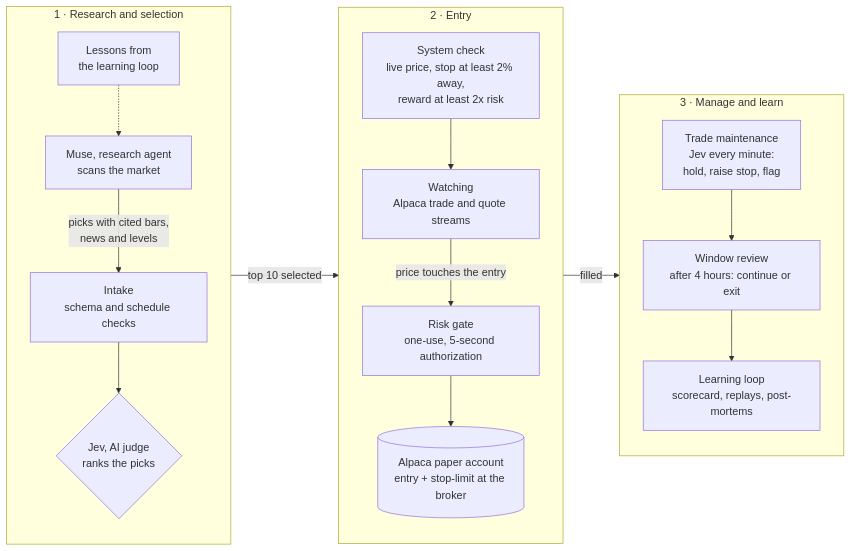
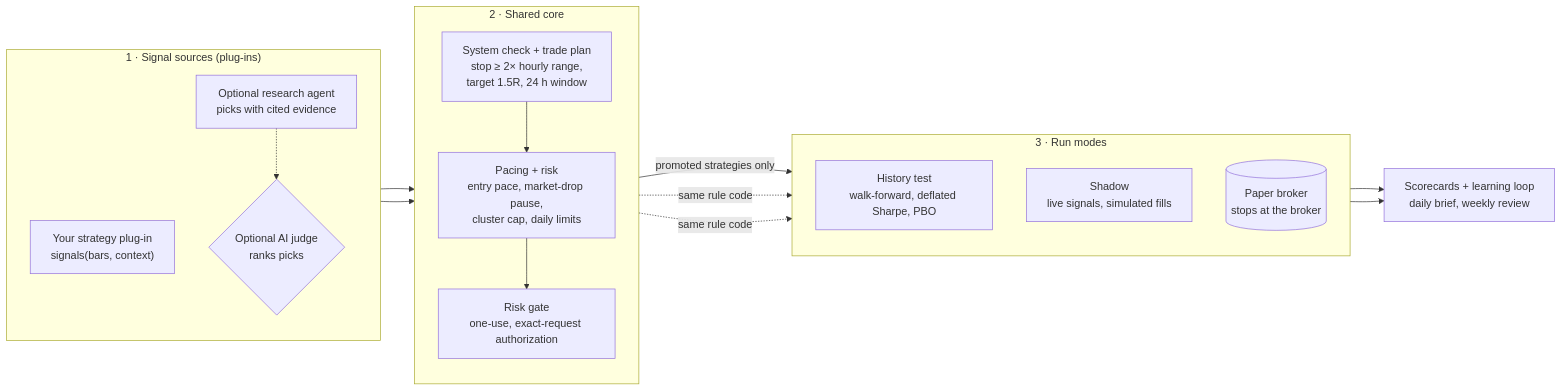
The diagram in README.md (gramv/catalyst-retest-lab), drawn with Mermaid before and after one commit. The commit also changed other lines of this file and 341 other files, not shown here.

````diff
--- a/README.md
+++ b/README.md
@@ -40,22 +49,27 @@
 ```mermaid
 flowchart LR
-    subgraph R1 ["1 · Research and selection"]
+    subgraph S1 ["1 · Signal sources (plug-ins)"]
         direction TB
-        X["Lessons from<br/>the learning loop"] -.-> M
-        M["Muse, research agent<br/>scans the market"] -->|"picks with cited bars,<br/>news and levels"| I["Intake<br/>schema and schedule checks"]
-        I --> J{"Jev, AI judge<br/>ranks the picks"}
+        P["Your strategy plug-in<br/>signals(bars, context)"]
+        A["Optional research agent<br/>picks with cited evidence"]
+        A -.-> J{"Optional AI judge<br/>ranks picks"}
     end
-    subgraph R2 ["2 · Entry"]
+    subgraph S2 ["2 · Shared core"]
         direction TB
-        S["System check<br/>live price, stop at least 2% away,<br/>reward at least 2x risk"] --> W["Watching<br/>Alpaca trade and quote streams"]
-        W -->|"price touches the entry"| G["Risk gate<br/>one-use, 5-second authorization"]
-        G --> B[("Alpaca paper account<br/>entry + stop-limit at the broker")]
+        C["System check + trade plan<br/>stop ≥ 2× hourly range,<br/>target 1.5R, 24 h window"] --> G["Pacing + risk<br/>entry pace, market-drop pause,<br/>cluster cap, daily limits"]
+        G --> R["Risk gate<br/>one-use, exact-request authorization"]
     end
-    subgraph R3 ["3 · Manage and learn"]
+    subgraph S3 ["3 · Run modes"]
         direction TB
-        T["Trade maintenance<br/>Jev every minute:<br/>hold, raise stop, flag"] --> V["Window review<br/>after 4 hours: continue or exit"]
-        V --> L["Learning loop<br/>scorecard, replays, post-mortems"]
+        H["History test<br/>walk-forward, deflated Sharpe, PBO"]
+        W["Shadow<br/>live signals, simulated fills"]
+        B[("Paper broker<br/>stops at the broker")]
     end
-    R1 -->|"top 10 selected"| R2
-    R2 -->|"filled"| R3
+    P --> C
+    J --> C
+    R -->|"promoted strategies only"| B
+    C -.->|"same rule code"| H
+    C -.->|"same rule code"| W
+    B --> L["Scorecards + learning loop<br/>daily brief, weekly review"]
+    W --> L
 ```
````
